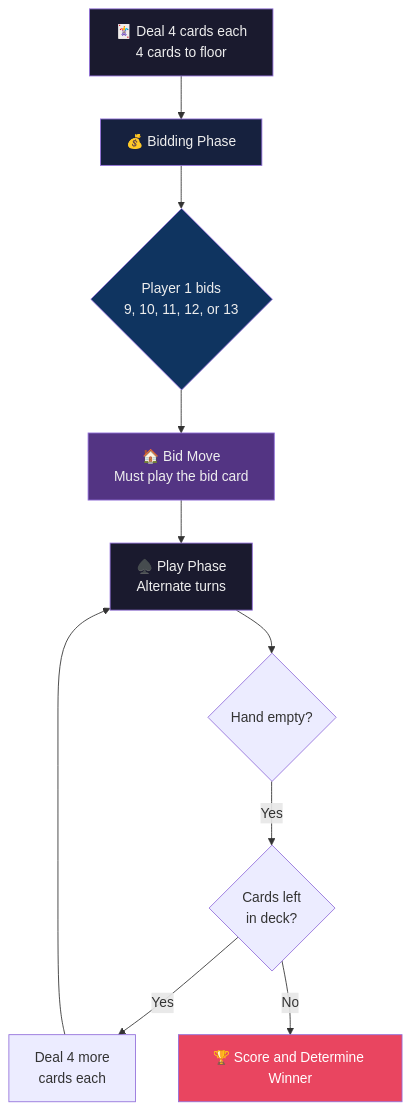
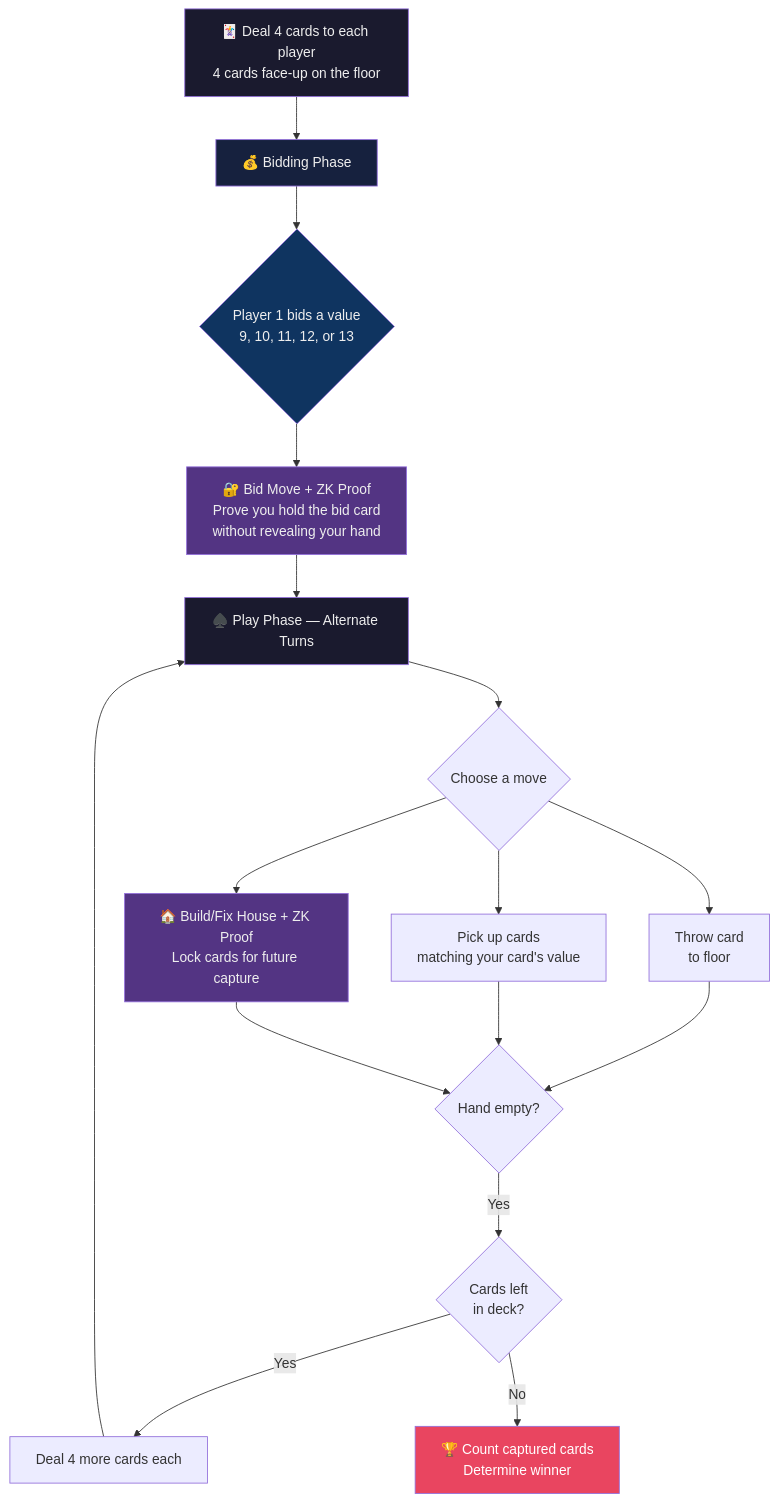
One commit to Shreshtthh/ZK-Seep changed the first of 3 diagrams in README.md. Above: the diagram before and after it, drawn with Mermaid. The commit also changed other lines of this file and 3 other files, not shown here.

````diff
--- a/README.md
+++ b/README.md
@@ -74,19 +74,30 @@
 ```mermaid
 flowchart TD
-    A["🃏 Deal 4 cards each<br/>4 cards to floor"] --> B["💰 Bidding Phase"]
-    B --> C{"Player 1 bids<br/>9, 10, 11, 12, or 13"}
-    C --> D["🏠 Bid Move<br/>Must play the bid card"]
-    D --> E["♠️ Play Phase<br/>Alternate turns"]
-    E --> F{"Hand empty?"}
-    F -->|Yes| G{"Cards left<br/>in deck?"}
-    G -->|Yes| H["Deal 4 more<br/>cards each"]
-    H --> E
-    G -->|No| I["🏆 Score and Determine Winner"]
+    A["🃏 Deal 4 cards to each player<br/>4 cards face-up on the floor"] --> B["💰 Bidding Phase"]
+    B --> C{"Player 1 bids a value<br/>9, 10, 11, 12, or 13"}
+    C --> D["🔐 Bid Move + ZK Proof<br/>Prove you hold the bid card<br/>without revealing your hand"]
+    D --> E["♠️ Play Phase — Alternate Turns"]
+
+    E --> F{"Choose a move"}
+    F --> T["Throw card<br/>to floor"]
+    F --> P["Pick up cards<br/>matching your card's value"]
+    F --> H["🏠 Build/Fix House + ZK Proof<br/>Lock cards for future capture"]
+
+    T --> G
+    P --> G
+    H --> G
+
+    G{"Hand empty?"}
+    G -->|"Yes"| R{"Cards left<br/>in deck?"}
+    R -->|"Yes"| RE["Deal 4 more cards each"]
+    RE --> E
+    R -->|"No"| S["🏆 Count captured cards<br/>Determine winner"]
 
     style A fill:#1a1a2e,color:#eee
     style B fill:#16213e,color:#eee
     style C fill:#0f3460,color:#eee
     style D fill:#533483,color:#eee
     style E fill:#1a1a2e,color:#eee
-    style I fill:#e94560,color:#fff
+    style H fill:#533483,color:#eee
+    style S fill:#e94560,color:#fff
 ```
````
